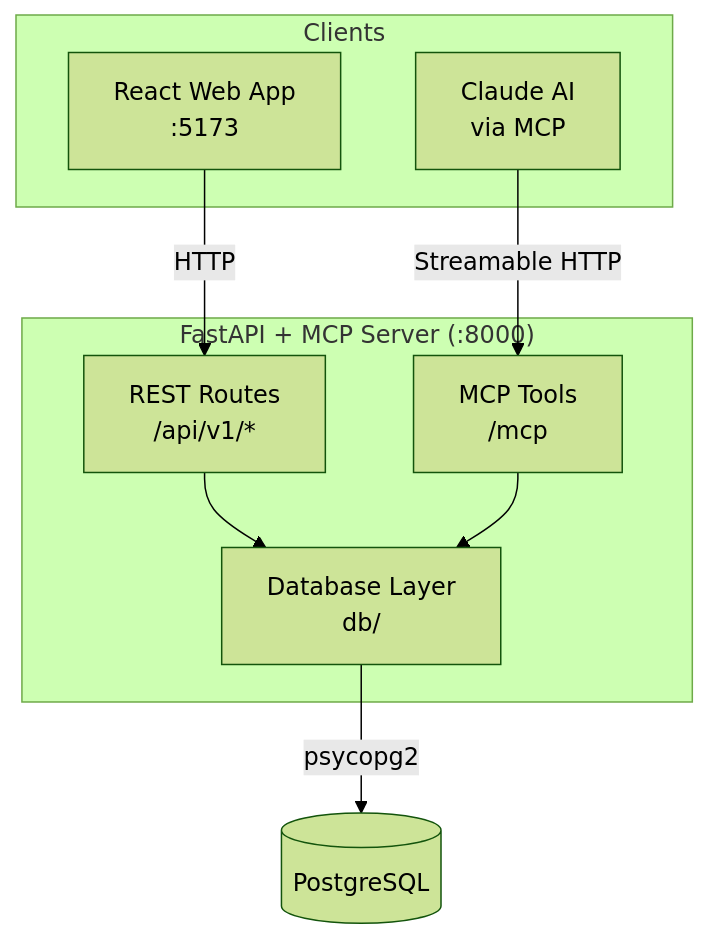
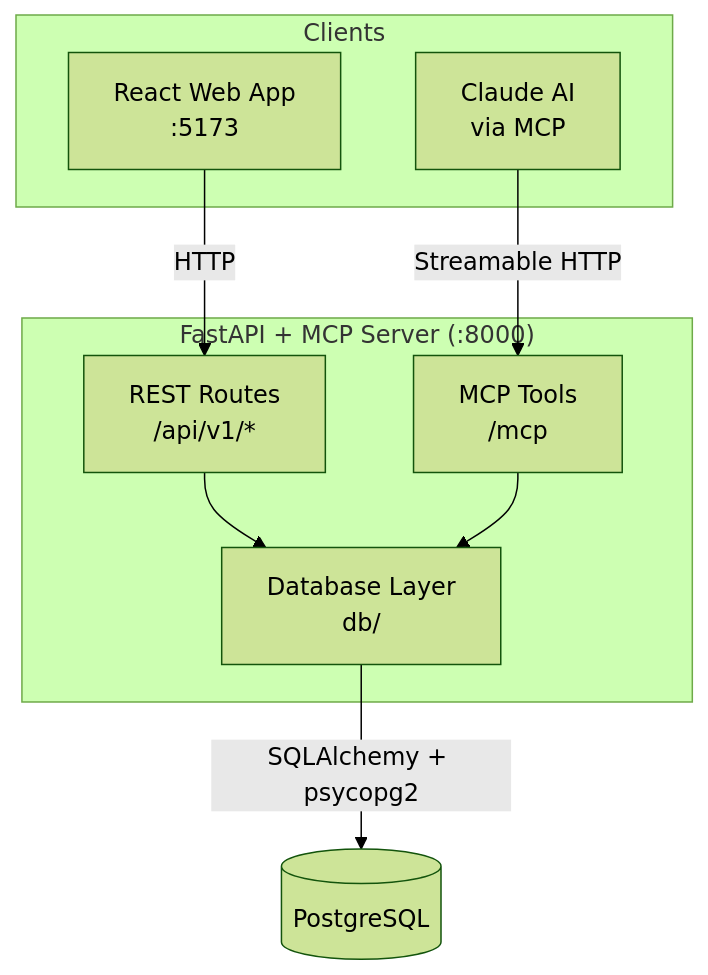
The first of 8 diagrams in docs/ARCHITECTURE.md (coopermayne/mcp-galipo), drawn with Mermaid (forest theme) before and after one commit. The commit also changed other lines of this file and 10 other files, not shown here.

````diff
--- a/docs/ARCHITECTURE.md
+++ b/docs/ARCHITECTURE.md
@@ -7,21 +7,21 @@
 ```mermaid
 flowchart TB
     subgraph Clients
         React[React Web App<br/>:5173]
         Claude[Claude AI<br/>via MCP]
     end
 
     subgraph Server["FastAPI + MCP Server (:8000)"]
         Routes[REST Routes<br/>/api/v1/*]
         Tools[MCP Tools<br/>/mcp]
         DB_Layer[Database Layer<br/>db/]
     end
 
     Postgres[(PostgreSQL)]
 
     React -->|HTTP| Routes
     Claude -->|Streamable HTTP| Tools
     Routes --> DB_Layer
     Tools --> DB_Layer
-    DB_Layer -->|psycopg2| Postgres
+    DB_Layer -->|SQLAlchemy + psycopg2| Postgres
 ```
````
